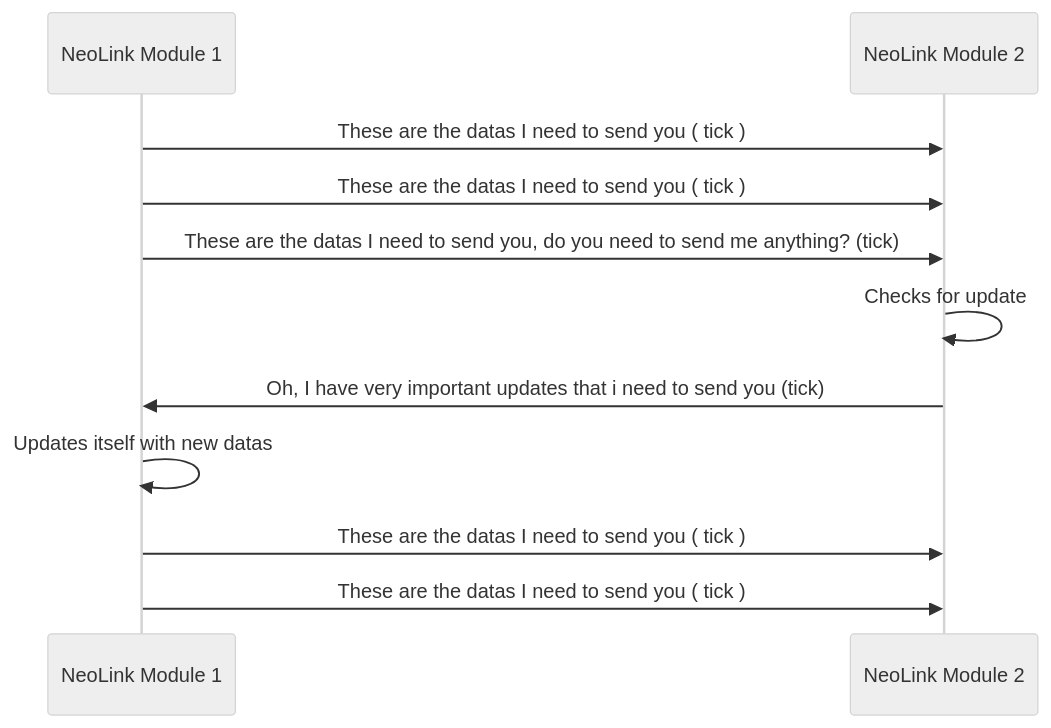
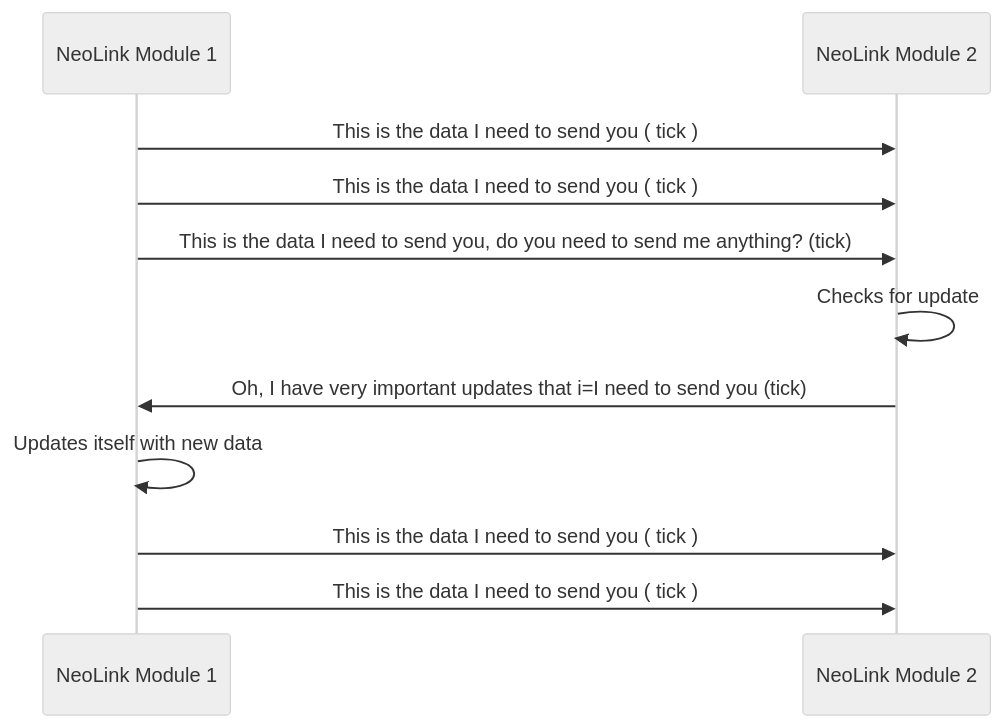
One commit to why-shiro/NeoLink changed the second of 2 diagrams in README.md. Above: the diagram before and after it, drawn with Mermaid (neutral theme). The commit also changed other lines of this file, not shown here.

````diff
--- a/README.md
+++ b/README.md
@@ -47,11 +47,11 @@
 ```mermaid
 sequenceDiagram
-NeoLink Module 1 ->> NeoLink Module 2: These are the datas I need to send you ( tick )
-NeoLink Module 1 ->> NeoLink Module 2: These are the datas I need to send you ( tick )
-NeoLink Module 1 ->> NeoLink Module 2: These are the datas I need to send you, do you need to send me anything? (tick)
+NeoLink Module 1 ->> NeoLink Module 2: This is the data I need to send you ( tick )
+NeoLink Module 1 ->> NeoLink Module 2: This is the data I need to send you ( tick )
+NeoLink Module 1 ->> NeoLink Module 2: This is the data I need to send you, do you need to send me anything? (tick)
 NeoLink Module 2 ->> NeoLink Module 2: Checks for update
-NeoLink Module 2 ->> NeoLink Module 1: Oh, I have very important updates that i need to send you (tick)
-NeoLink Module 1 ->> NeoLink Module 1: Updates itself with new datas
-NeoLink Module 1 ->> NeoLink Module 2: These are the datas I need to send you ( tick )
-NeoLink Module 1 ->> NeoLink Module 2: These are the datas I need to send you ( tick )
+NeoLink Module 2 ->> NeoLink Module 1: Oh, I have very important updates that i=I need to send you (tick)
+NeoLink Module 1 ->> NeoLink Module 1: Updates itself with new data
+NeoLink Module 1 ->> NeoLink Module 2: This is the data I need to send you ( tick )
+NeoLink Module 1 ->> NeoLink Module 2: This is the data I need to send you ( tick )
 ```
````
